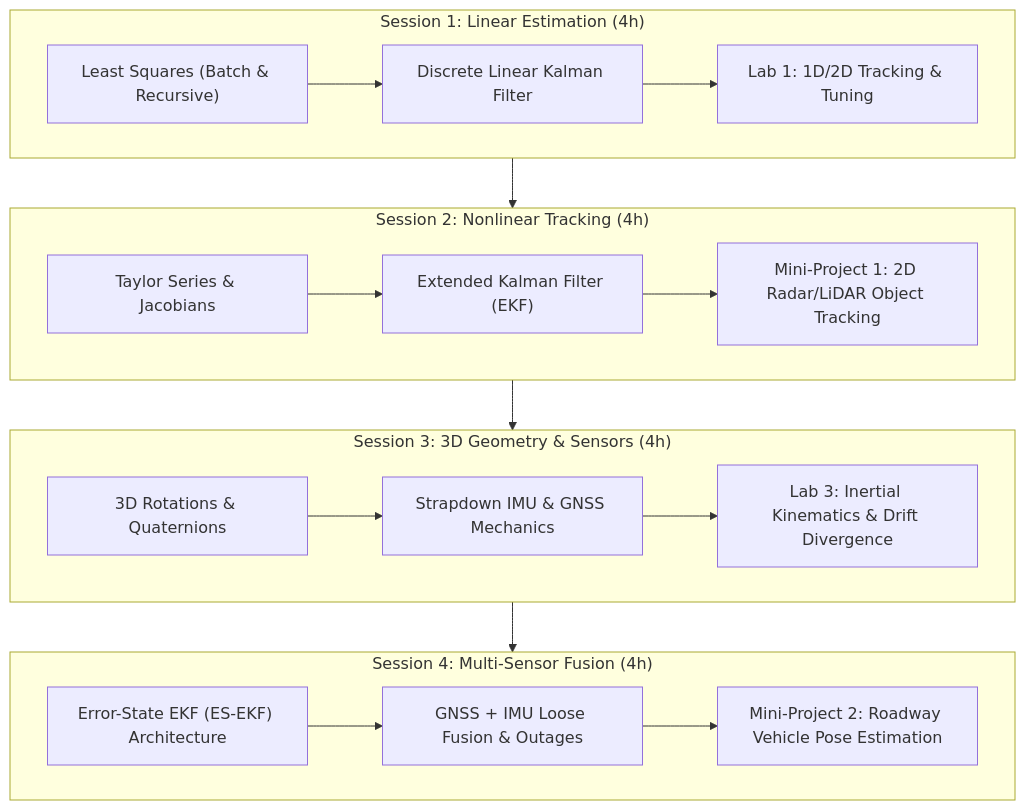
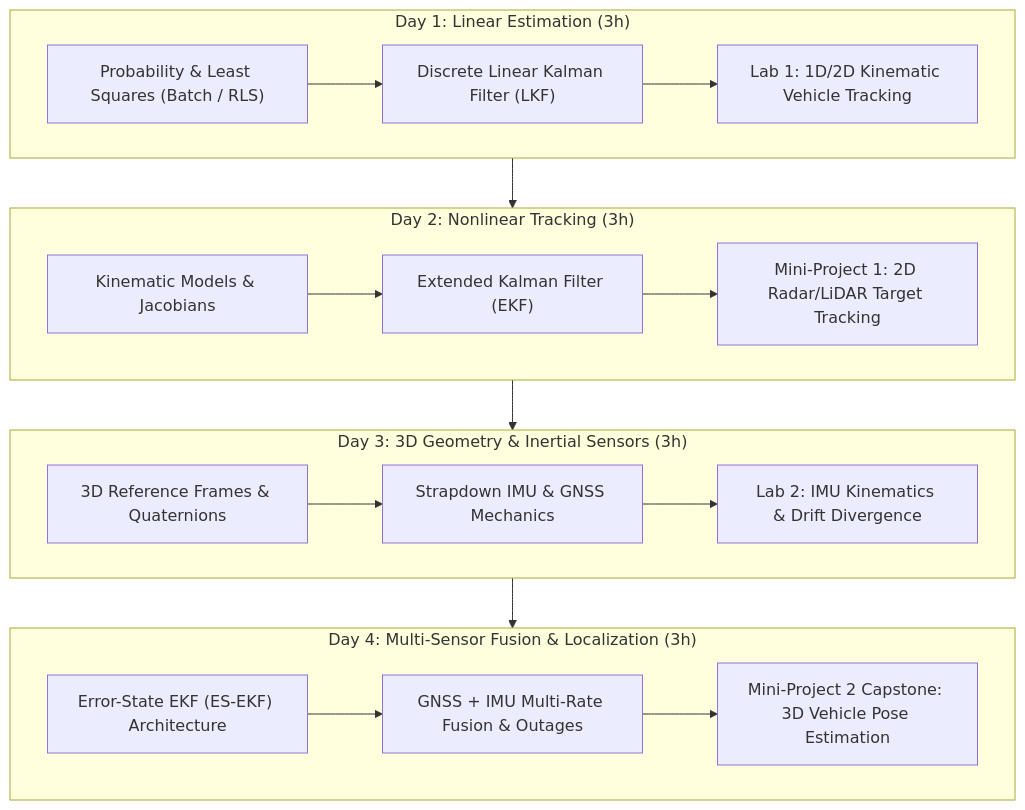
The diagram in State Estimation and Localization for Self-Driving Cars/Course_Syllabus_State_Estimation_and_Localization.md (yasuomaidana/Self-Driving-Cars), drawn with Mermaid before and after one commit. The commit also changed other lines of this file and 27 other files, not shown here.

````diff
--- a/State Estimation and Localization for Self-Driving Cars/Course_Syllabus_State_Estimation_and_Localization.md
+++ b/State Estimation and Localization for Self-Driving Cars/Course_Syllabus_State_Estimation_and_Localization.md
@@ -32,24 +34,24 @@
 ```mermaid
 flowchart TD
-    subgraph S1["Session 1: Linear Estimation (4h)"]
-        A1["Least Squares (Batch & Recursive)"] --> A2["Discrete Linear Kalman Filter"]
-        A2 --> A3["Lab 1: 1D/2D Tracking & Tuning"]
+    subgraph S1["Day 1: Linear Estimation (3h)"]
+        A1["Probability & Least Squares (Batch / RLS)"] --> A2["Discrete Linear Kalman Filter (LKF)"]
+        A2 --> A3["Lab 1: 1D/2D Kinematic Vehicle Tracking"]
     end
 
-    subgraph S2["Session 2: Nonlinear Tracking (4h)"]
-        B1["Taylor Series & Jacobians"] --> B2["Extended Kalman Filter (EKF)"]
-        B2 --> B3["Mini-Project 1: 2D Radar/LiDAR Object Tracking"]
+    subgraph S2["Day 2: Nonlinear Tracking (3h)"]
+        B1["Kinematic Models & Jacobians"] --> B2["Extended Kalman Filter (EKF)"]
+        B2 --> B3["Mini-Project 1: 2D Radar/LiDAR Target Tracking"]
     end
 
-    subgraph S3["Session 3: 3D Geometry & Sensors (4h)"]
-        C1["3D Rotations & Quaternions"] --> C2["Strapdown IMU & GNSS Mechanics"]
-        C2 --> C3["Lab 3: Inertial Kinematics & Drift Divergence"]
+    subgraph S3["Day 3: 3D Geometry & Inertial Sensors (3h)"]
+        C1["3D Reference Frames & Quaternions"] --> C2["Strapdown IMU & GNSS Mechanics"]
+        C2 --> C3["Lab 2: IMU Kinematics & Drift Divergence"]
     end
 
-    subgraph S4["Session 4: Multi-Sensor Fusion (4h)"]
-        D1["Error-State EKF (ES-EKF) Architecture"] --> D2["GNSS + IMU Loose Fusion & Outages"]
-        D2 --> D3["Mini-Project 2: Roadway Vehicle Pose Estimation"]
+    subgraph S4["Day 4: Multi-Sensor Fusion & Localization (3h)"]
+        D1["Error-State EKF (ES-EKF) Architecture"] --> D2["GNSS + IMU Multi-Rate Fusion & Outages"]
+        D2 --> D3["Mini-Project 2 Capstone: 3D Vehicle Pose Estimation"]
     end
 
     S1 --> S2 --> S3 --> S4
 ```
````
